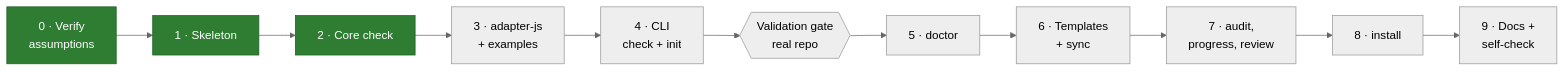
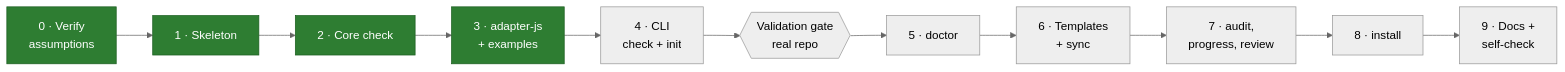
Before and after one commit to fredarcito/reins: the eighth of 8 diagrams in README.md, drawn with Mermaid (neutral theme). The commit also changed other lines of this file and 92 other files, not shown here.

````diff
--- a/README.md
+++ b/README.md
@@ -271,8 +302,8 @@
 ```mermaid
 flowchart LR
     p0["0 · Verify<br/>assumptions"]:::done --> p1["1 · Skeleton"]:::done
-    p1 --> p2["2 · Core check"]:::done --> p3["3 · adapter-js<br/>+ examples"] --> p4["4 · CLI<br/>check + init"]
+    p1 --> p2["2 · Core check"]:::done --> p3["3 · adapter-js<br/>+ examples"]:::done --> p4["4 · CLI<br/>check + init"]
     p4 --> gate{{"Validation gate<br/>real repo"}}
     gate --> p5["5 · doctor"] --> p6["6 · Templates<br/>+ sync"] --> p7["7 · audit,<br/>progress, review"] --> p8["8 · install"] --> p9["9 · Docs +<br/>self-check"]
     classDef done fill:#2e7d32,color:#fff,stroke:#1b5e20
 ```
````
